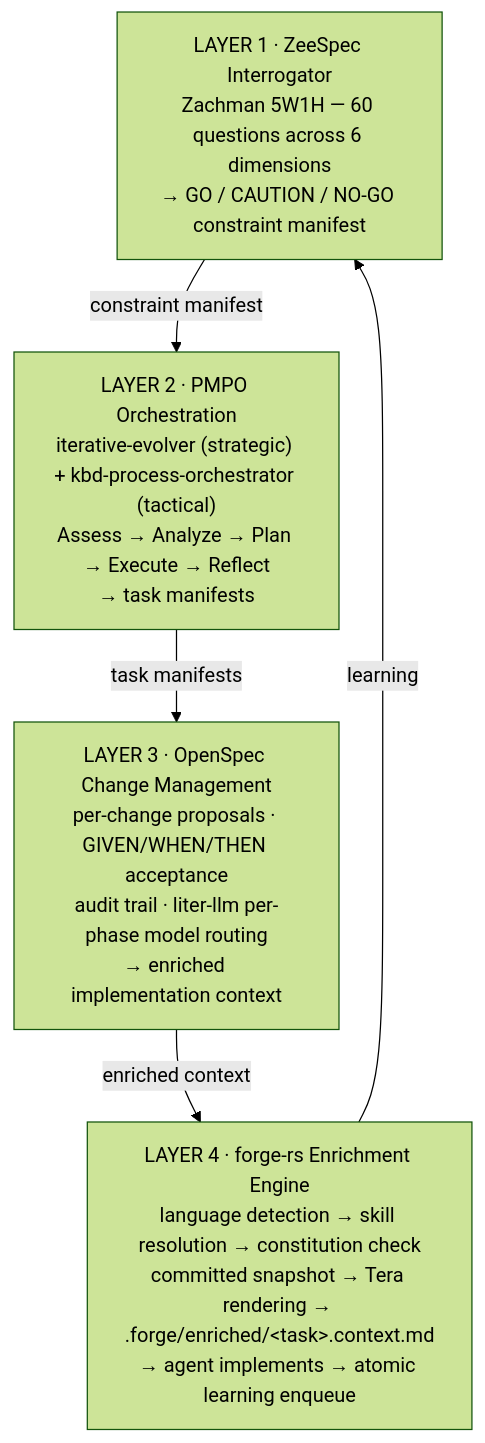
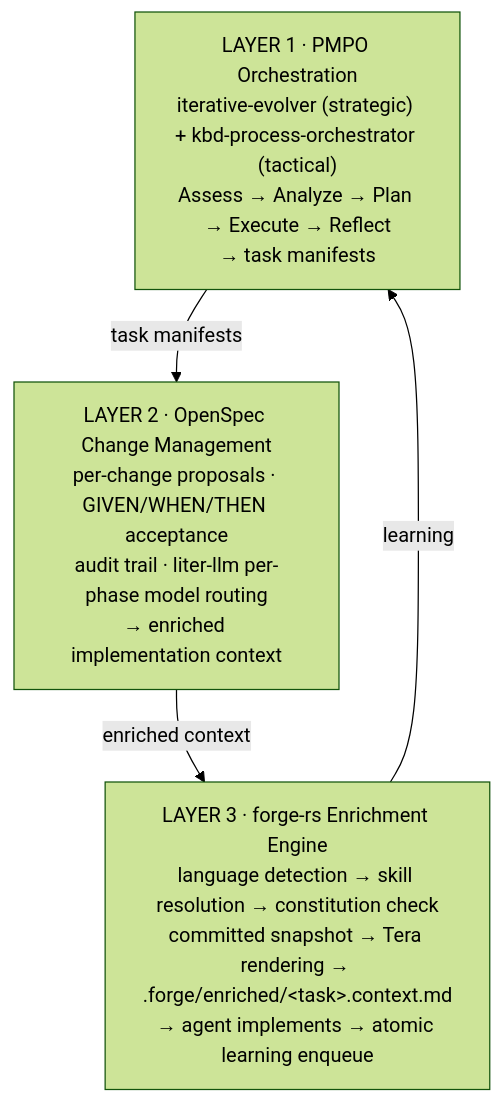
The first of 3 diagrams in docs/guide/04-four-layer-pipeline.md (Prometheus-AGS/prometheus-skill-system), drawn with Mermaid (forest theme) before and after one commit. The commit also changed other lines of this file and 1125 other files, not shown here.

First line of the commit message:
release v1.12.0: spec engines (OpenSpec default, Spec Kit, native-kbd); remove unused interrogator skill

````diff
--- a/docs/guide/04-four-layer-pipeline.md
+++ b/docs/guide/04-four-layer-pipeline.md
@@ -5,11 +5,9 @@
 ```mermaid
 graph TD
-    L1["LAYER 1 · ZeeSpec Interrogator<br/>Zachman 5W1H — 60 questions across 6 dimensions<br/>→ GO / CAUTION / NO-GO constraint manifest"]
-    L2["LAYER 2 · PMPO Orchestration<br/>iterative-evolver (strategic) + kbd-process-orchestrator (tactical)<br/>Assess → Analyze → Plan → Execute → Reflect<br/>→ task manifests"]
-    L3["LAYER 3 · OpenSpec Change Management<br/>per-change proposals · GIVEN/WHEN/THEN acceptance<br/>audit trail · liter-llm per-phase model routing<br/>→ enriched implementation context"]
-    L4["LAYER 4 · forge-rs Enrichment Engine<br/>language detection → skill resolution → constitution check<br/>committed snapshot → Tera rendering → .forge/enriched/&lt;task&gt;.context.md<br/>→ agent implements → atomic learning enqueue"]
-    L1 -->|constraint manifest| L2
-    L2 -->|task manifests| L3
-    L3 -->|enriched context| L4
-    L4 -->|learning| L1
+    L1["LAYER 1 · PMPO Orchestration<br/>iterative-evolver (strategic) + kbd-process-orchestrator (tactical)<br/>Assess → Analyze → Plan → Execute → Reflect<br/>→ task manifests"]
+    L2["LAYER 2 · OpenSpec Change Management<br/>per-change proposals · GIVEN/WHEN/THEN acceptance<br/>audit trail · liter-llm per-phase model routing<br/>→ enriched implementation context"]
+    L3["LAYER 3 · forge-rs Enrichment Engine<br/>language detection → skill resolution → constitution check<br/>committed snapshot → Tera rendering → .forge/enriched/&lt;task&gt;.context.md<br/>→ agent implements → atomic learning enqueue"]
+    L1 -->|task manifests| L2
+    L2 -->|enriched context| L3
+    L3 -->|learning| L1
 ```
````
